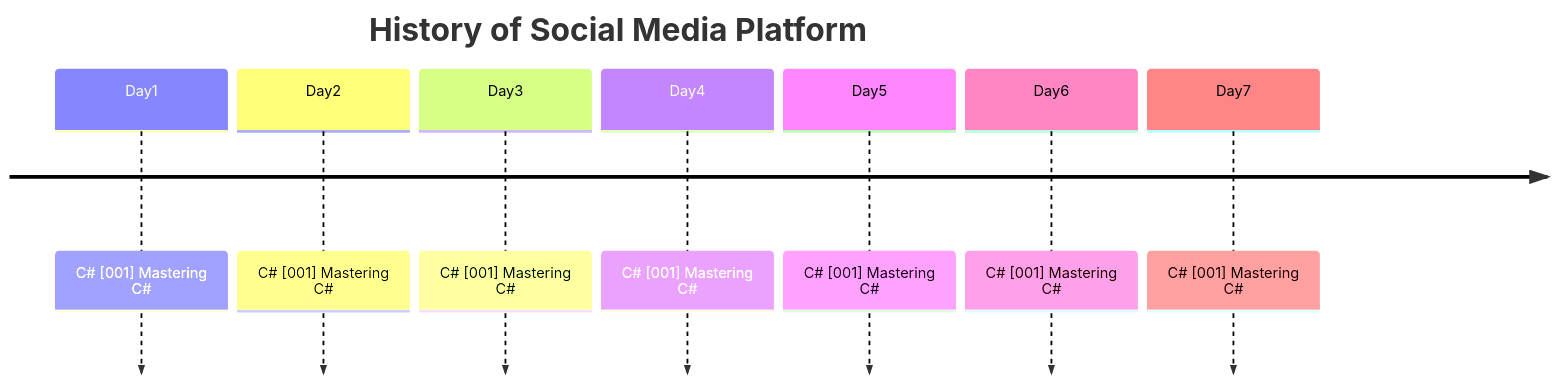
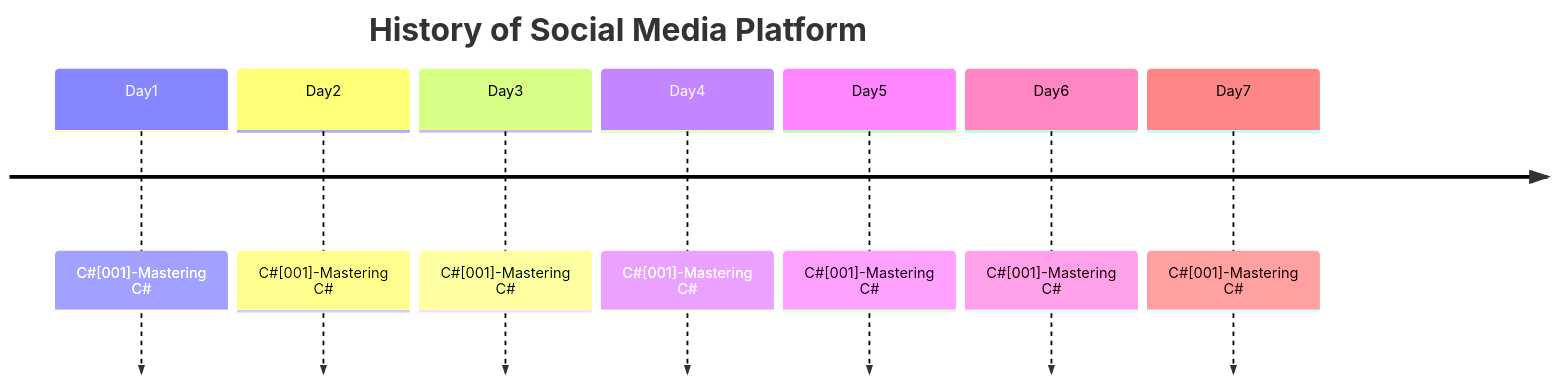
The first of 3 diagrams in README.md (metigator/Roadmap), drawn with Mermaid before and after one commit.

````diff
--- a/README.md
+++ b/README.md
@@ -1,11 +1,11 @@
 ```mermaid
 timeline
     title History of Social Media Platform
-     Day1 : C# [001] Mastering C# 
-     Day2 : C# [001] Mastering C# 
-     Day3 : C# [001] Mastering C# 
-     Day4 : C# [001] Mastering C# 
-     Day5 : C# [001] Mastering C# 
-     Day6 : C# [001] Mastering C# 
-     Day7 : C# [001] Mastering C# 
+     Day1 : C#[001]-Mastering C# 
+     Day2 : C#[001]-Mastering C# 
+     Day3 : C#[001]-Mastering C# 
+     Day4 : C#[001]-Mastering C# 
+     Day5 : C#[001]-Mastering C# 
+     Day6 : C#[001]-Mastering C# 
+     Day7 : C#[001]-Mastering C# 
 ```
````
